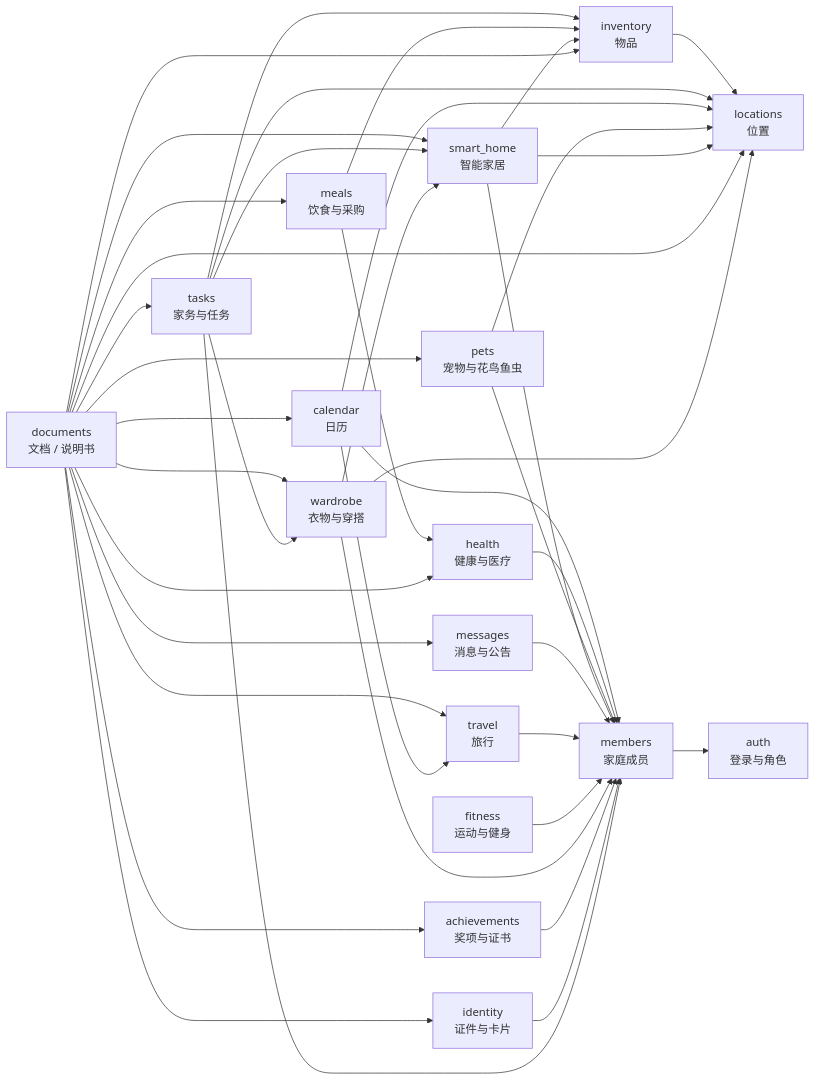
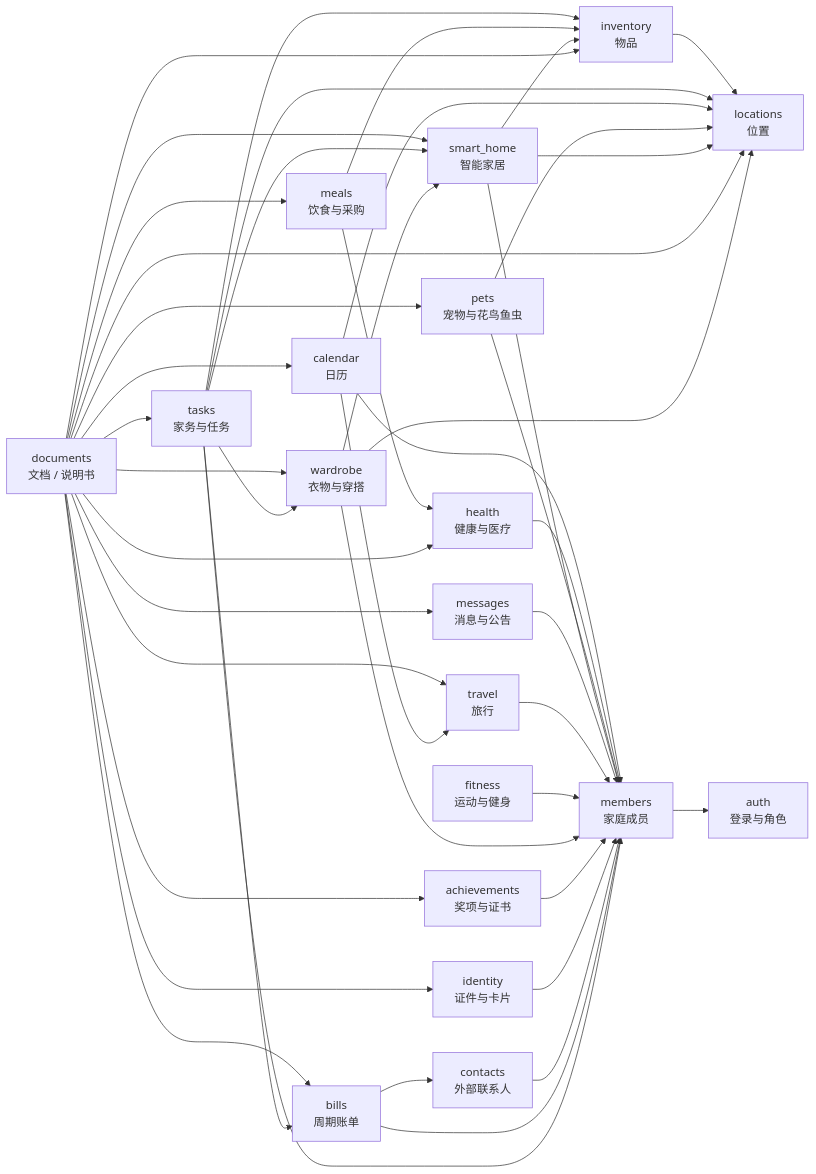
One commit to Geno1024-AIGC/home-erp-modern changed the diagram in docs/08-domain.md. Above: the diagram before and after it, drawn with Mermaid. The commit also changed other lines of this file and 2 other files, not shown here.

````diff
--- a/docs/08-domain.md
+++ b/docs/08-domain.md
@@ -36,53 +38,60 @@
 ```mermaid
 flowchart LR
     Members["members<br/>家庭成员"] --> Auth["auth<br/>登录与角色"]
     Inventory["inventory<br/>物品"] --> Locations["locations<br/>位置"]
     Tasks["tasks<br/>家务与任务"] --> Locations
     Tasks --> Inventory
     Calendar["calendar<br/>日历"]
     Calendar --> Members
     Calendar --> Locations
     Meals["meals<br/>饮食与采购"] --> Inventory
     Health["health<br/>健康与医疗"]
     Health --> Members
     Meals --> Health
     Pets["pets<br/>宠物与花鸟鱼虫"]
     Pets --> Members
     Pets --> Locations
     Documents["documents<br/>文档 / 说明书"]
     SmartHome["smart_home<br/>智能家居"]
     SmartHome --> Locations
     SmartHome --> Members
     SmartHome --> Inventory
     Documents --> SmartHome
     Tasks --> SmartHome
     Documents --> Inventory
     Documents --> Calendar
     Documents --> Meals
     Documents --> Health
     Documents --> Pets
     Documents --> Locations
     Documents --> Tasks
     Messages["messages<br/>消息与公告"]
     Messages --> Members
     Documents --> Messages
     Travel["travel<br/>旅行"]
     Travel --> Members
     Documents --> Travel
     Calendar --> Travel
     Fitness["fitness<br/>运动与健身"]
     Fitness --> Members
     Wardrobe["wardrobe<br/>衣物与穿搭"]
     Wardrobe --> Members
     Wardrobe --> Locations
     Documents --> Wardrobe
     Wardrobe --> SmartHome
     Tasks --> Wardrobe
     Achievements["achievements<br/>奖项与证书"]
     Documents --> Achievements
     Achievements --> Members
     Identity["identity<br/>证件与卡片"]
     Documents --> Identity
     Identity --> Members
+    Contacts["contacts<br/>外部联系人"]
+    Contacts --> Members
+    Bills["bills<br/>周期账单"]
+    Bills --> Members
+    Bills --> Contacts
+    Documents --> Bills
+    Tasks --> Bills
     Tasks --> Members
 ```
````
